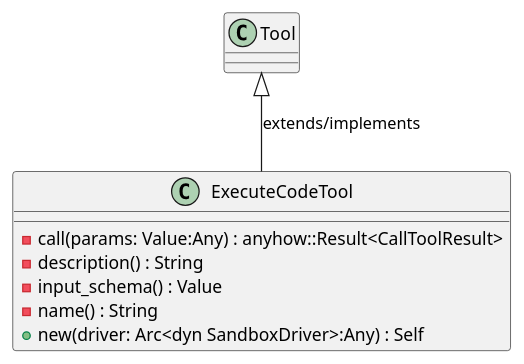
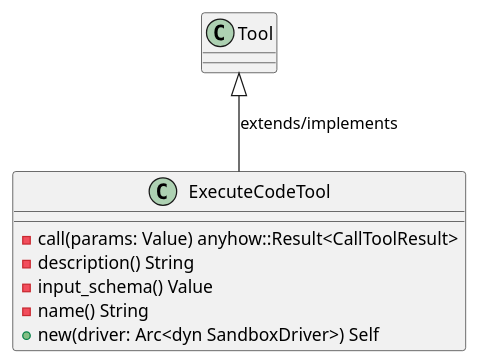
One commit to lgcorzo/rust_CACD_autonomous_factory changed the first of 6 diagrams in openwiki/crates_factory_mcp_server_src_tools_execute_code.md. Above: the diagram before and after it, drawn with PlantUML. The commit also changed other lines of this file and 97 other files, not shown here.

First line of the commit message:
Fix Rust AST parsing for method and function parameters, and update OKF UML frontmatter

````diff
--- a/openwiki/crates_factory_mcp_server_src_tools_execute_code.md
+++ b/openwiki/crates_factory_mcp_server_src_tools_execute_code.md
@@ -74,13 +79,13 @@
 ```plantuml
 @startuml
 class ExecuteCodeTool {
-    -call(params: Value:Any) : anyhow::Result<CallToolResult>
-    -description() : String
-    -input_schema() : Value
-    -name() : String
-    +new(driver: Arc<dyn SandboxDriver>:Any) : Self
+    -call(params: Value) anyhow::Result<CallToolResult>
+    -description() String
+    -input_schema() Value
+    -name() String
+    +new(driver: Arc<dyn SandboxDriver>) Self
 }
 Tool <|-- ExecuteCodeTool : extends/implements
 @enduml
 
 ```
````
